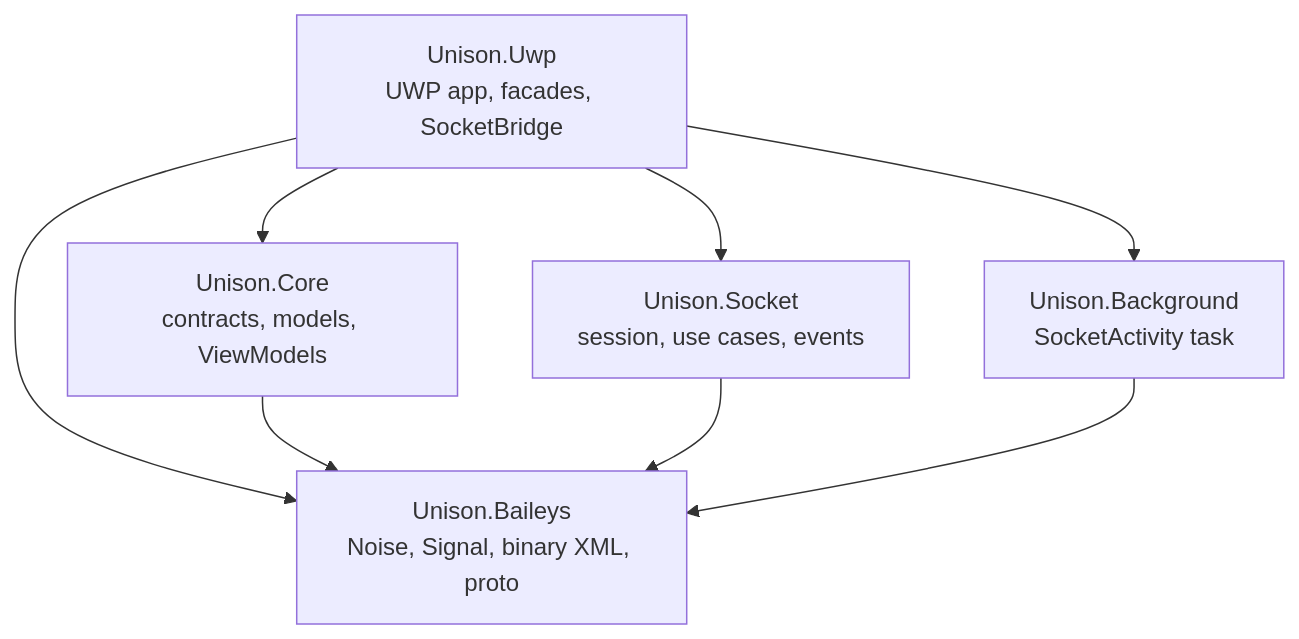
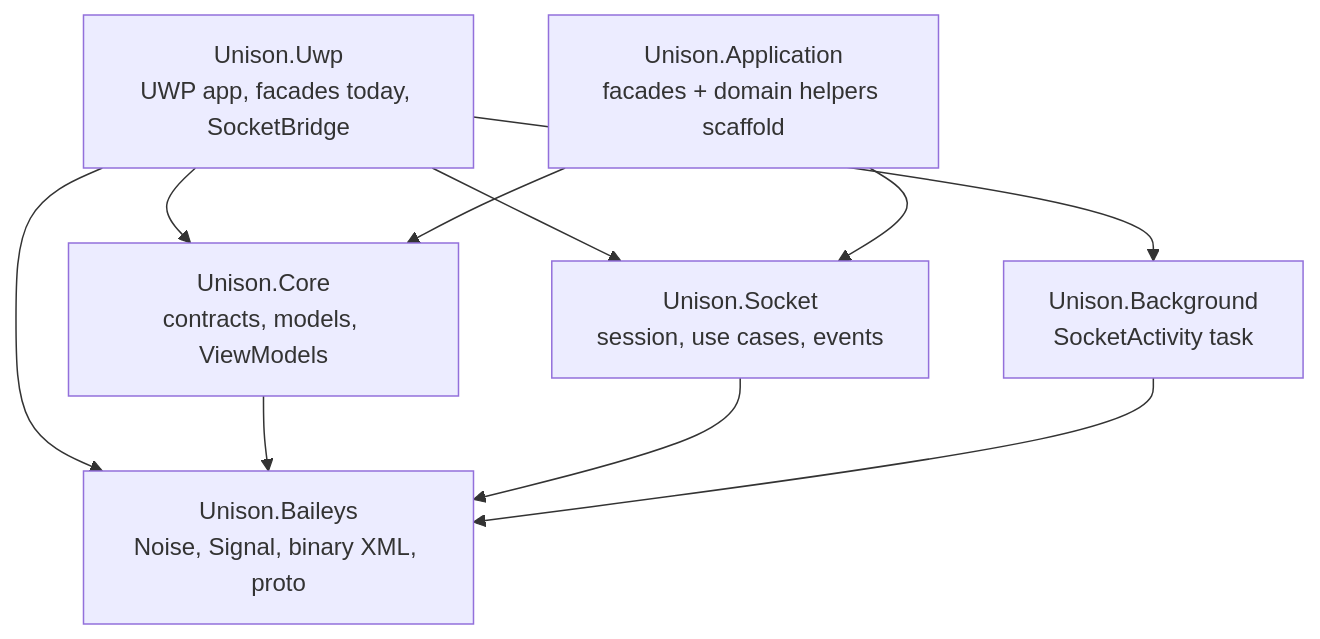
The first of 2 diagrams in docs/wiki/Architecture.md (MaskNinjaSquared/Unison), drawn with Mermaid before and after one commit. The commit also changed other lines of this file and 6 other files, not shown here.

Commit message:
feat(application): scaffold Unison.Application netstandard project

````diff
--- a/docs/wiki/Architecture.md
+++ b/docs/wiki/Architecture.md
@@ -15,16 +15,19 @@
 ```mermaid
 flowchart TB
-    Uwp["Unison.Uwp<br/>UWP app, facades, SocketBridge"]
+    Uwp["Unison.Uwp<br/>UWP app, facades today, SocketBridge"]
     Core["Unison.Core<br/>contracts, models, ViewModels"]
+    App["Unison.Application<br/>facades + domain helpers scaffold"]
     Socket["Unison.Socket<br/>session, use cases, events"]
     Baileys["Unison.Baileys<br/>Noise, Signal, binary XML, proto"]
     Bg["Unison.Background<br/>SocketActivity task"]
 
     Uwp --> Core
     Uwp --> Socket
     Uwp --> Baileys
     Uwp --> Bg
+    App --> Core
+    App --> Socket
     Core --> Baileys
     Socket --> Baileys
     Bg --> Baileys
 ```
````
